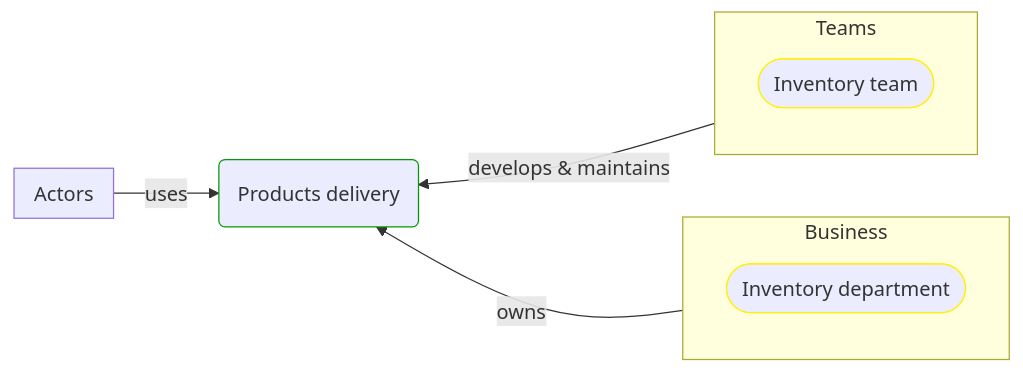
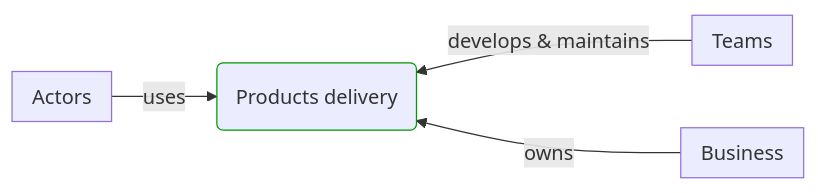
The fourth of 4 diagrams in Docs/P3/MermaidOutput/Processes/Sale/Products delivery/Products delivery.md (itlibrium/DDD-starter-dotnet), drawn with Mermaid before and after one commit. The commit also changed other lines of this file and 174 other files, not shown here.

````diff
--- a/Docs/P3/MermaidOutput/Processes/Sale/Products delivery/Products delivery.md
+++ b/Docs/P3/MermaidOutput/Processes/Sale/Products delivery/Products delivery.md
@@ -74,29 +68,25 @@
 ```mermaid
   flowchart LR
     subgraph 0["Actors"]
       direction TB
     end
     1(Products delivery)
     class 1 DomainPerspective
     0-->|uses|1
     subgraph 2["Teams"]
       direction TB
-      3([Inventory team])
-      class 3 PeoplePerspective
     end
+    1---2
+    2-->|develops & maintains|1
     2---1
-    2-->|develops & maintains|1
-    1---2
-    subgraph 4["Business"]
+    subgraph 3["Business"]
       direction TB
-      5([Inventory department])
-      class 5 PeoplePerspective
     end
-    4---1
-    4-->|owns|1
-    1---4
+    1---3
+    3-->|owns|1
+    3---1
     linkStyle 1,3,4,6 stroke:none
     classDef DomainPerspective stroke:#009900
     classDef TechnologyPerspective stroke:#1F41EB
     classDef PeoplePerspective stroke:#FFF014
 ```
````
